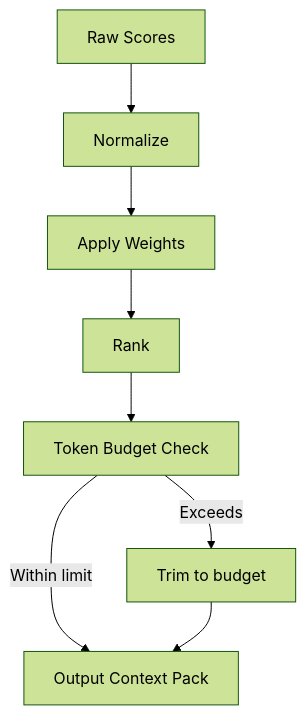
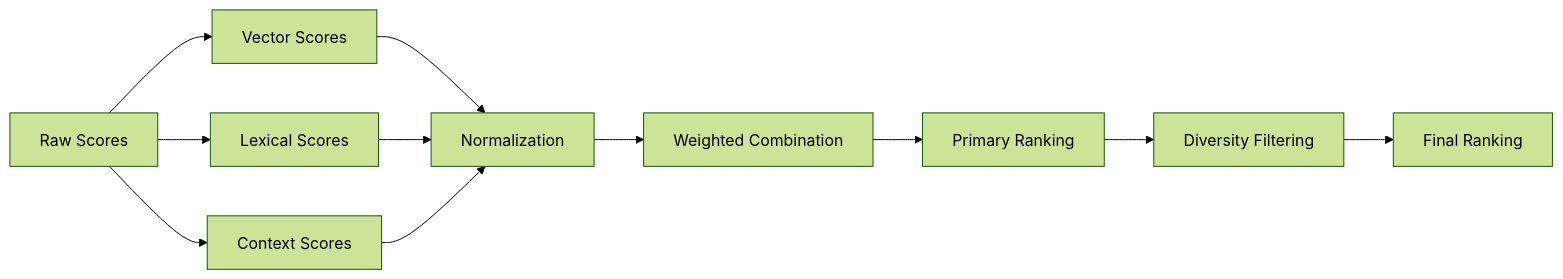
One commit to NcitDev/ragsystem changed the third of 5 diagrams in docs/wiki/Search and Retrieval/Search and Retrieval.md. Above: the diagram before and after it, drawn with Mermaid (forest theme). The commit also changed other lines of this file and 27 other files, not shown here.

````diff
--- a/docs/wiki/Search and Retrieval/Search and Retrieval.md
+++ b/docs/wiki/Search and Retrieval/Search and Retrieval.md
@@ -295,10 +188,13 @@
 ```mermaid
-flowchart TD
-S["Raw Scores"] --> N["Normalize"]
-N --> W["Apply Weights"]
-W --> R["Rank"]
-R --> T["Token Budget Check"]
-T --> |Within limit| O["Output Context Pack"]
-T --> |Exceeds| Trim["Trim to budget"]
-Trim --> O
+flowchart LR
+A["Raw Scores"] --> B["Vector Scores"]
+A --> C["Lexical Scores"]
+A --> D["Context Scores"]
+B --> E["Normalization"]
+C --> E
+D --> E
+E --> F["Weighted Combination"]
+F --> G["Primary Ranking"]
+G --> H["Diversity Filtering"]
+H --> I["Final Ranking"]
 ```
````
